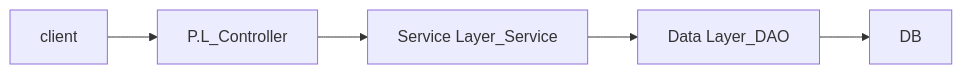
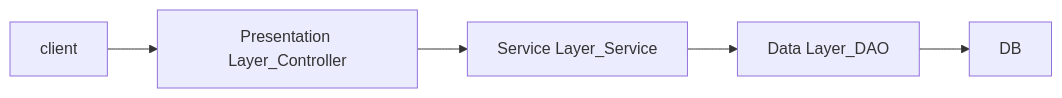
The first of 2 diagrams in 01_자바교육(23.4.10-23.4.28)/02_강의요약노트_Day3_스프링 프레임워크 기초.md (juicy100/Education_Share_MZ), drawn with Mermaid before and after one commit. The commit also changed other lines of this file, not shown here.

````diff
--- a/01_자바교육(23.4.10-23.4.28)/02_강의요약노트_Day3_스프링 프레임워크 기초.md
+++ b/01_자바교육(23.4.10-23.4.28)/02_강의요약노트_Day3_스프링 프레임워크 기초.md
@@ -146,7 +147,7 @@
 ```mermaid
 graph LR;
-A[client]-->B[P.L_Controller]
+A[client]-->B[Presentation Layer_Controller]
 B-->C[Service Layer_Service]
 C-->D[Data Layer_DAO]
 D-->E[DB];
 ```
````
